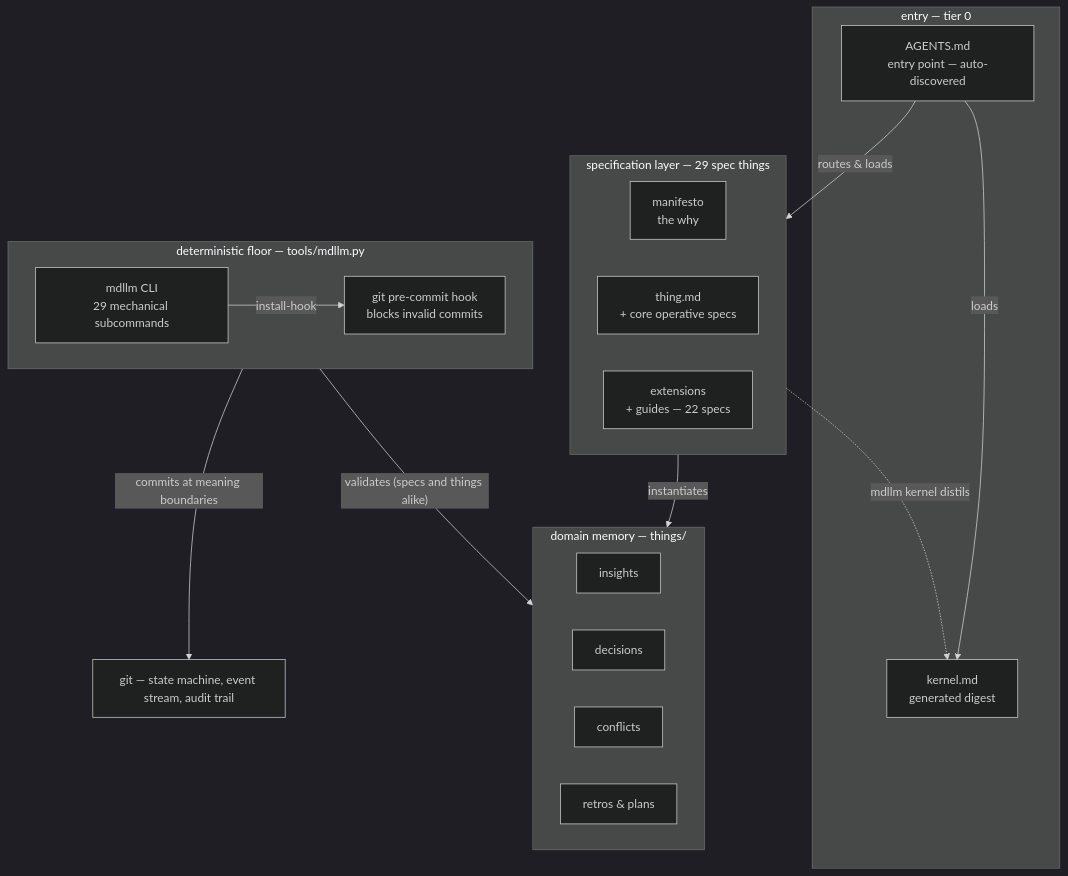
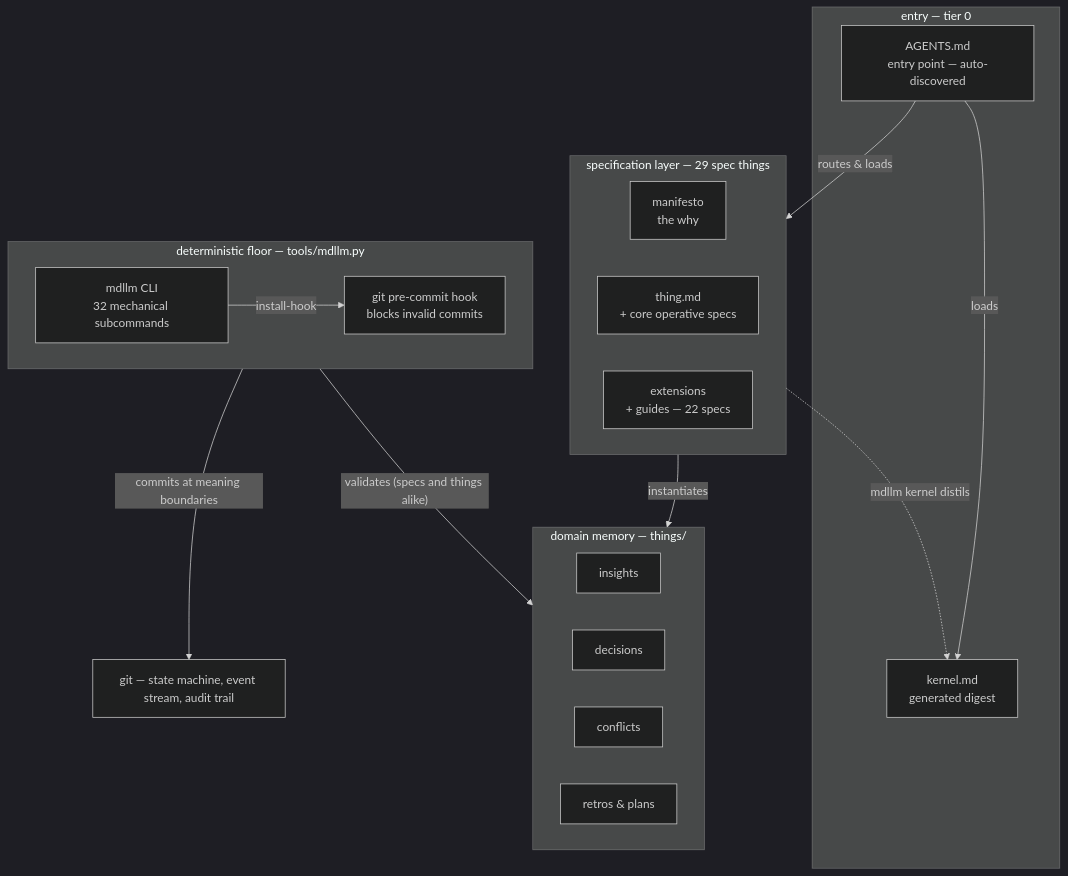
The first of 4 diagrams in docs/framework-map.md (JanoshMoshiri/MarkdownLLM), drawn with Mermaid (dark theme) before and after one commit. The commit also changed other lines of this file and 11 other files, not shown here.

````diff
--- a/docs/framework-map.md
+++ b/docs/framework-map.md
@@ -54,48 +54,48 @@
 ```mermaid
 flowchart TD
     accTitle: View 1 - the five bands of the framework, read top-down as a session's life
     accDescr {
         Five stacked bands. The entry band, tier 0, holds AGENTS.md as the
         auto-discovered entry point and kernel.md as a generated digest. Below
         it the specification layer holds 29 spec things: the manifesto for the
         why, thing.md with the core operative specs, and 22 extension and guide
         specs. Below that, domain memory in the things directory holds insights,
         decisions, conflicts, retrospectives and plans. Below that, the
-        deterministic floor is tools/mdllm.py, providing the mdllm CLI with 29
+        deterministic floor is tools/mdllm.py, providing the mdllm CLI with 32
         mechanical subcommands and a git pre-commit hook that blocks invalid
         commits. At the base, git is the state machine, event stream and audit
         trail. The edges run as follows. AGENTS.md loads the kernel and routes
         to the specs. The specs distil back up into the kernel via mdllm
         kernel, which is why that one edge points upward. The specs instantiate
         domain memory. The CLI installs the hook. The floor validates memory,
         specs and things alike, and commits at meaning boundaries into git.
     }
     subgraph entry ["entry — tier 0"]
         AGENTS["AGENTS.md<br/>entry point — auto-discovered"]
         KERNEL["kernel.md<br/>generated digest"]
     end
     subgraph specs ["specification layer — 29 spec things"]
         MANIFESTO["manifesto<br/>the why"]
         THING["thing.md<br/>+ core operative specs"]
         EXT["extensions<br/>+ guides — 22 specs"]
     end
     subgraph memory ["domain memory — things/"]
         INSIGHTS["insights"]
         DECISIONS["decisions"]
         CONFLICTS["conflicts"]
         RETROS["retros & plans"]
     end
     subgraph floor ["deterministic floor — tools/mdllm.py"]
-        MDLLM["mdllm CLI<br/>29 mechanical subcommands"]
+        MDLLM["mdllm CLI<br/>32 mechanical subcommands"]
         HOOK["git pre-commit hook<br/>blocks invalid commits"]
     end
     GIT["git — state machine, event stream, audit trail"]
 
     AGENTS -->|loads| KERNEL
     AGENTS -->|routes & loads| specs
     specs -.->|"mdllm kernel distils"| KERNEL
     specs -->|instantiates| memory
     MDLLM -->|install-hook| HOOK
     floor -->|"validates (specs and things alike)"| memory
     floor -->|commits at meaning boundaries| GIT
 ```
````
